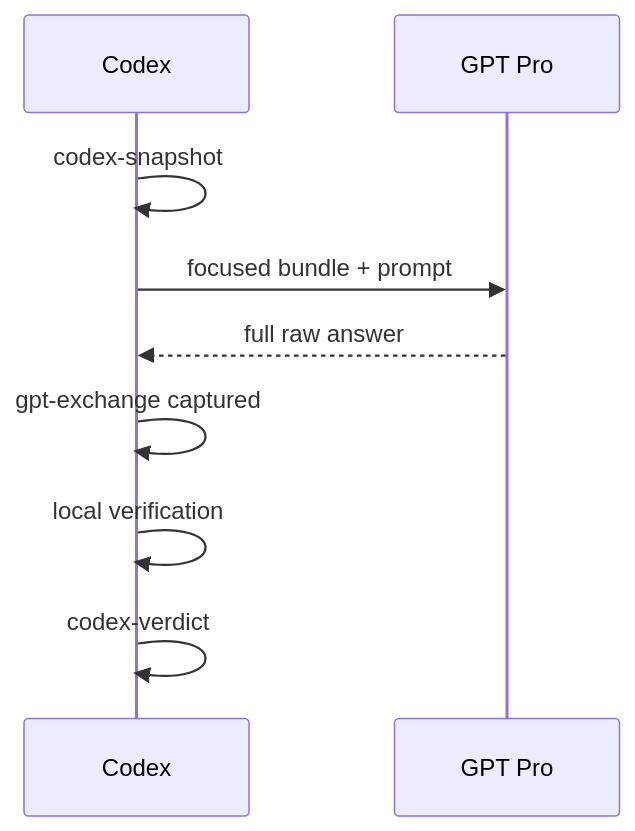
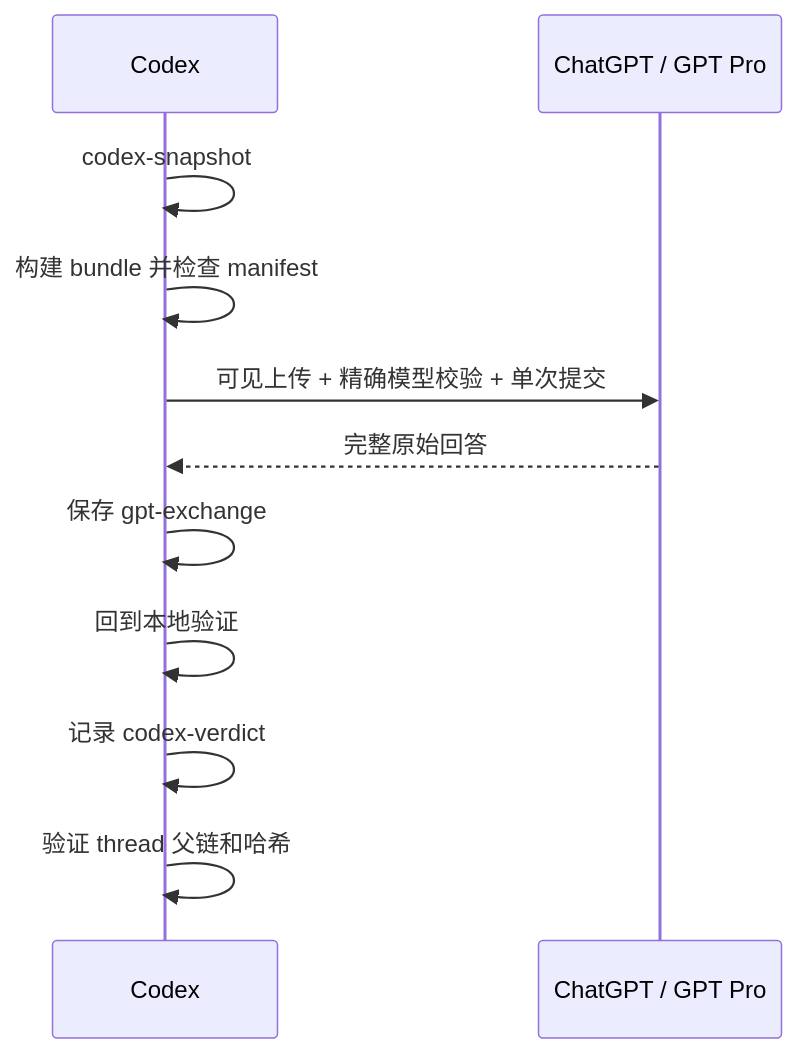
Before and after one commit to WILLOSCAR/codex-pro-bridge: the diagram in README.zh-CN.md, drawn with Mermaid. The commit also changed other lines of this file and 5 other files, not shown here.

````diff
--- a/README.zh-CN.md
+++ b/README.zh-CN.md
@@ -23,11 +80,13 @@
 ```mermaid
 sequenceDiagram
   participant C as Codex
-  participant G as GPT Pro
+  participant G as ChatGPT / GPT Pro
   C->>C: codex-snapshot
-  C->>G: focused bundle + prompt
-  G-->>C: full raw answer
-  C->>C: gpt-exchange captured
-  C->>C: local verification
-  C->>C: codex-verdict
+  C->>C: 构建 bundle 并检查 manifest
+  C->>G: 可见上传 + 精确模型校验 + 单次提交
+  G-->>C: 完整原始回答
+  C->>C: 保存 gpt-exchange
+  C->>C: 回到本地验证
+  C->>C: 记录 codex-verdict
+  C->>C: 验证 thread 父链和哈希
 ```
````
